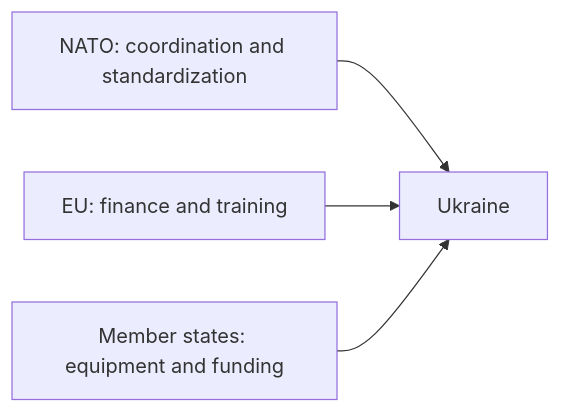
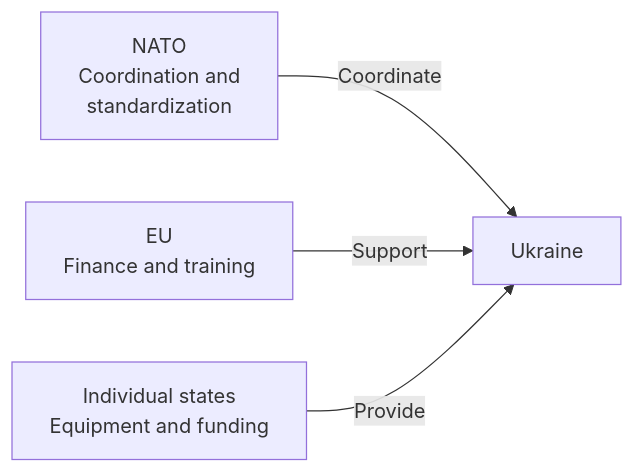
Before and after one commit to daylight55/research: the diagram in articles/report/nato-ukraine-support-current/en/index.mdx, drawn with Mermaid. The commit also changed 181 other files, not shown here.

First line of the commit message:
全記事の図解368点を再生成し、共通注意書きを削除 (#402)

````diff
--- a/articles/report/nato-ukraine-support-current/en/index.mdx
+++ b/articles/report/nato-ukraine-support-current/en/index.mdx
@@ -32,10 +32,12 @@
 ```mermaid
 flowchart LR
-    NATO[NATO: coordination and standardization]
-    EU[EU: finance and training]
-    States[Member states: equipment and funding]
-    Ukraine[Ukraine]
-    NATO --> Ukraine
-    EU --> Ukraine
-    States --> Ukraine
+  accTitle: Distinguish NATO, EU and national support for Ukraine
+  accDescr: NATO coordination and standardization, EU finance and training, and national equipment and funding support Ukraine through different channels.
+  N0["NATO<br/>Coordination and<br/>standardization"]
+  N1["EU<br/>Finance and training"]
+  N2["Individual states<br/>Equipment and funding"]
+  N3["Ukraine"]
+  N0 -->|Coordinate| N3
+  N1 -->|Support| N3
+  N2 -->|Provide| N3
 ```
````
